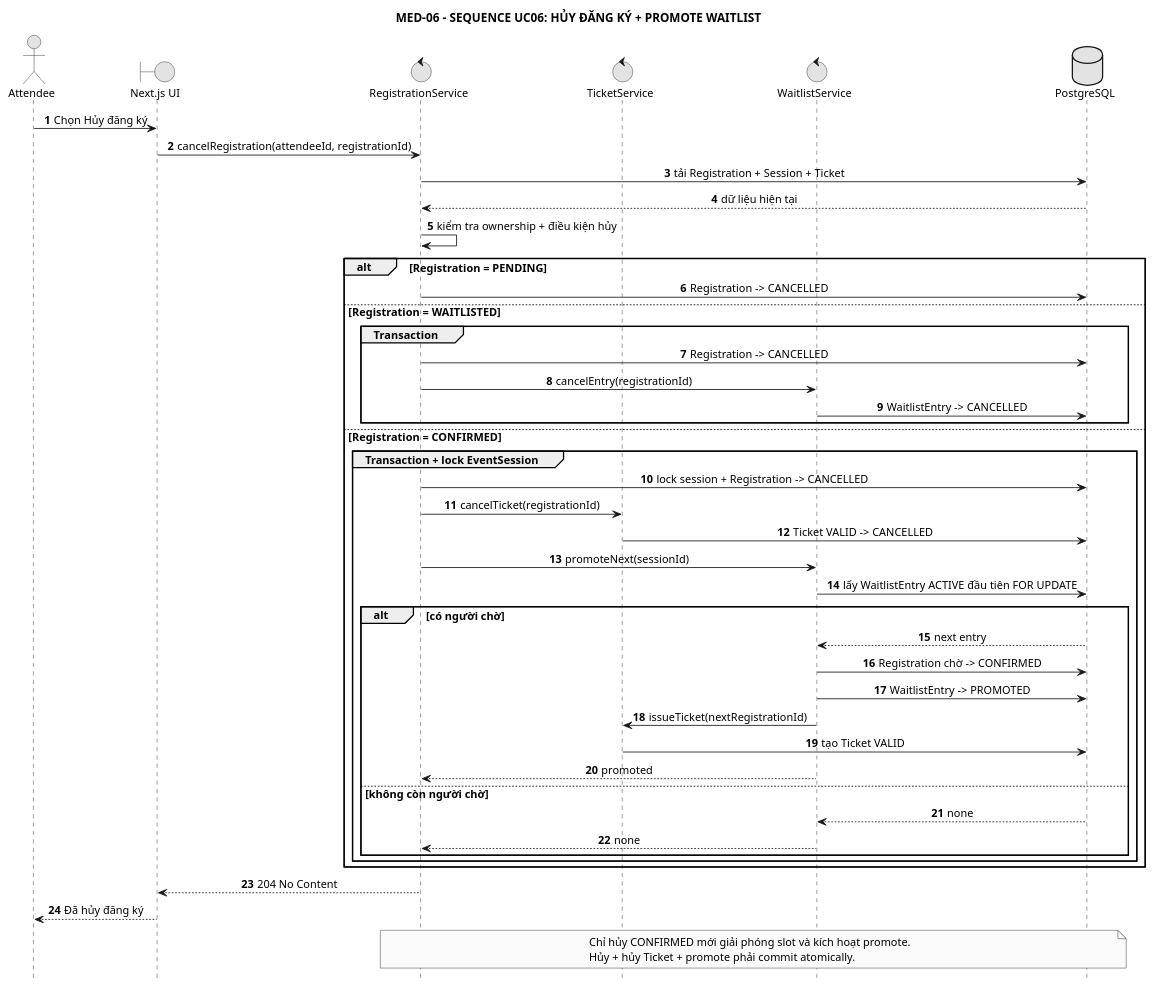
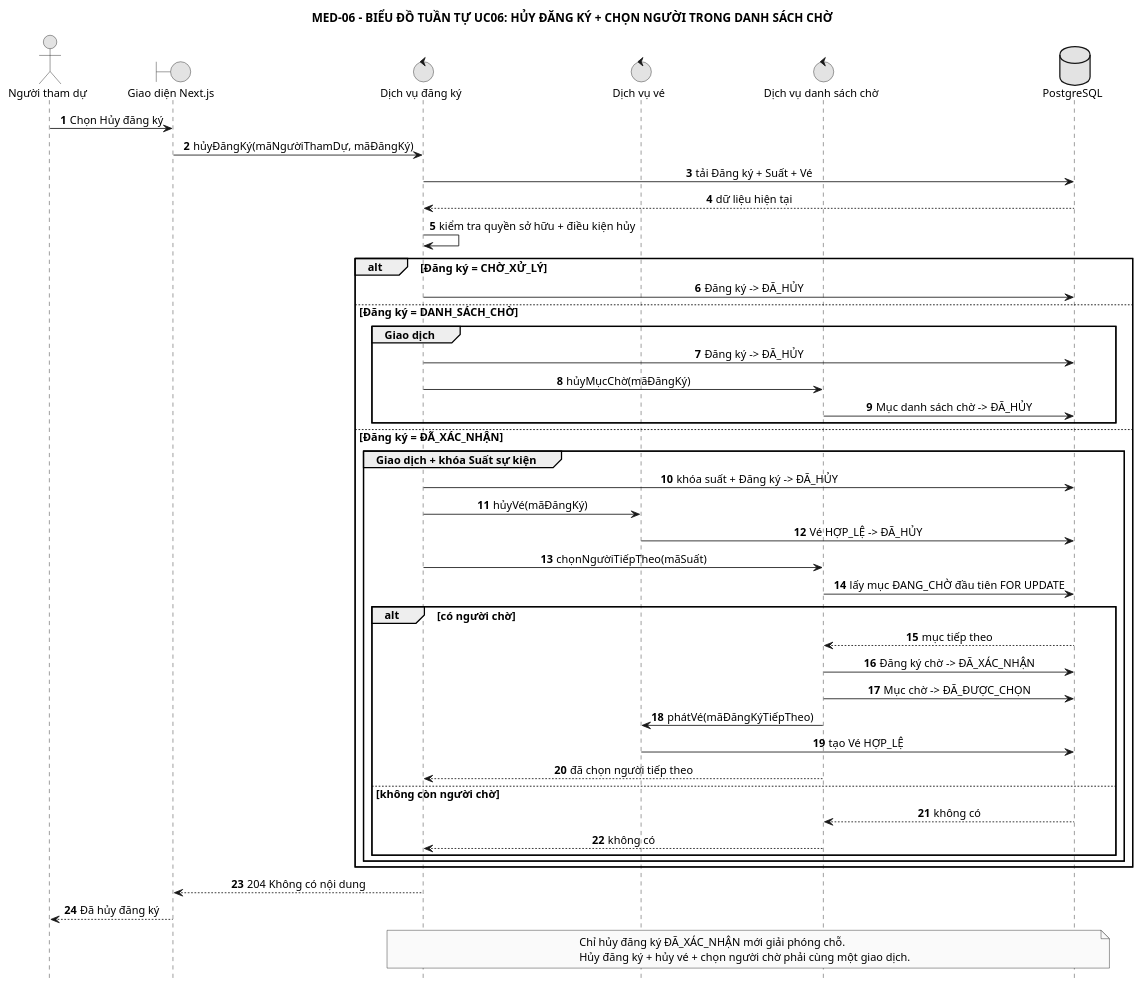
The diagram in PTTK/05_Sequence/02-uc06-cancel-promote-waitlist.puml (anh632k-ui/OOP-DoAn), drawn with PlantUML before and after one commit.

Commit message:
docs(tv): Việt hóa sơ đồ PTTK động

```diff
--- a/PTTK/05_Sequence/02-uc06-cancel-promote-waitlist.puml
+++ b/PTTK/05_Sequence/02-uc06-cancel-promote-waitlist.puml
@@ -1,66 +1,63 @@
 @startuml
 skinparam monochrome true
 skinparam shadowing false
 skinparam defaultFontSize 13
 skinparam sequenceMessageAlign center
 skinparam responseMessageBelowArrow true
 hide footbox
 
-title MED-06 - SEQUENCE UC06: HỦY ĐĂNG KÝ + PROMOTE WAITLIST
+title MED-06 - BIỂU ĐỒ TUẦN TỰ UC06: HỦY ĐĂNG KÝ + CHỌN NGƯỜI TRONG DANH SÁCH CHỜ
 
-actor Attendee
-boundary "Next.js UI" as UI
-control "RegistrationService" as RS
-control "TicketService" as TS
-control "WaitlistService" as WS
-database "PostgreSQL" as DB
+actor "Người tham dự" as NTD
+boundary "Giao diện Next.js" as UI
+control "Dịch vụ đăng ký" as DK
+control "Dịch vụ vé" as VE
+control "Dịch vụ danh sách chờ" as DSC
+database "PostgreSQL" as CSDL
 
 autonumber
-Attendee -> UI : Chọn Hủy đăng ký
-UI -> RS : cancelRegistration(attendeeId, registrationId)
-RS -> DB : tải Registration + Session + Ticket
-DB --> RS : dữ liệu hiện tại
-RS -> RS : kiểm tra ownership + điều kiện hủy
+NTD -> UI : Chọn Hủy đăng ký
+UI -> DK : hủyĐăngKý(mãNgườiThamDự, mãĐăngKý)
+DK -> CSDL : tải Đăng ký + Suất + Vé
+CSDL --> DK : dữ liệu hiện tại
+DK -> DK : kiểm tra quyền sở hữu + điều kiện hủy
 
-alt Registration = PENDING
-  RS -> DB : Registration -> CANCELLED
+alt Đăng ký = CHỜ_XỬ_LÝ
+  DK -> CSDL : Đăng ký -> ĐÃ_HỦY
+else Đăng ký = DANH_SÁCH_CHỜ
+  group Giao dịch
+    DK -> CSDL : Đăng ký -> ĐÃ_HỦY
+    DK -> DSC : hủyMụcChờ(mãĐăngKý)
+    DSC -> CSDL : Mục danh sách chờ -> ĐÃ_HỦY
+  end
+else Đăng ký = ĐÃ_XÁC_NHẬN
+  group Giao dịch + khóa Suất sự kiện
+    DK -> CSDL : khóa suất + Đăng ký -> ĐÃ_HỦY
+    DK -> VE : hủyVé(mãĐăngKý)
+    VE -> CSDL : Vé HỢP_LỆ -> ĐÃ_HỦY
 
-else Registration = WAITLISTED
-  group Transaction
-    RS -> DB : Registration -> CANCELLED
-    RS -> WS : cancelEntry(registrationId)
-    WS -> DB : WaitlistEntry -> CANCELLED
-  end
-
-else Registration = CONFIRMED
-  group Transaction + lock EventSession
-    RS -> DB : lock session + Registration -> CANCELLED
-    RS -> TS : cancelTicket(registrationId)
-    TS -> DB : Ticket VALID -> CANCELLED
-
-    RS -> WS : promoteNext(sessionId)
-    WS -> DB : lấy WaitlistEntry ACTIVE đầu tiên FOR UPDATE
+    DK -> DSC : chọnNgườiTiếpTheo(mãSuất)
+    DSC -> CSDL : lấy mục ĐANG_CHỜ đầu tiên FOR UPDATE
 
     alt có người chờ
-      DB --> WS : next entry
-      WS -> DB : Registration chờ -> CONFIRMED
-      WS -> DB : WaitlistEntry -> PROMOTED
-      WS -> TS : issueTicket(nextRegistrationId)
-      TS -> DB : tạo Ticket VALID
-      WS --> RS : promoted
+      CSDL --> DSC : mục tiếp theo
+      DSC -> CSDL : Đăng ký chờ -> ĐÃ_XÁC_NHẬN
+      DSC -> CSDL : Mục chờ -> ĐÃ_ĐƯỢC_CHỌN
+      DSC -> VE : phátVé(mãĐăngKýTiếpTheo)
+      VE -> CSDL : tạo Vé HỢP_LỆ
+      DSC --> DK : đã chọn người tiếp theo
     else không còn người chờ
-      DB --> WS : none
-      WS --> RS : none
+      CSDL --> DSC : không có
+      DSC --> DK : không có
     end
   end
 end
 
-RS --> UI : 204 No Content
-UI --> Attendee : Đã hủy đăng ký
+DK --> UI : 204 Không có nội dung
+UI --> NTD : Đã hủy đăng ký
 
-note over RS,DB
-Chỉ hủy CONFIRMED mới giải phóng slot và kích hoạt promote.
-Hủy + hủy Ticket + promote phải commit atomically.
+note over DK,CSDL
+Chỉ hủy đăng ký ĐÃ_XÁC_NHẬN mới giải phóng chỗ.
+Hủy đăng ký + hủy vé + chọn người chờ phải cùng một giao dịch.
 end note
-
 @enduml
```
